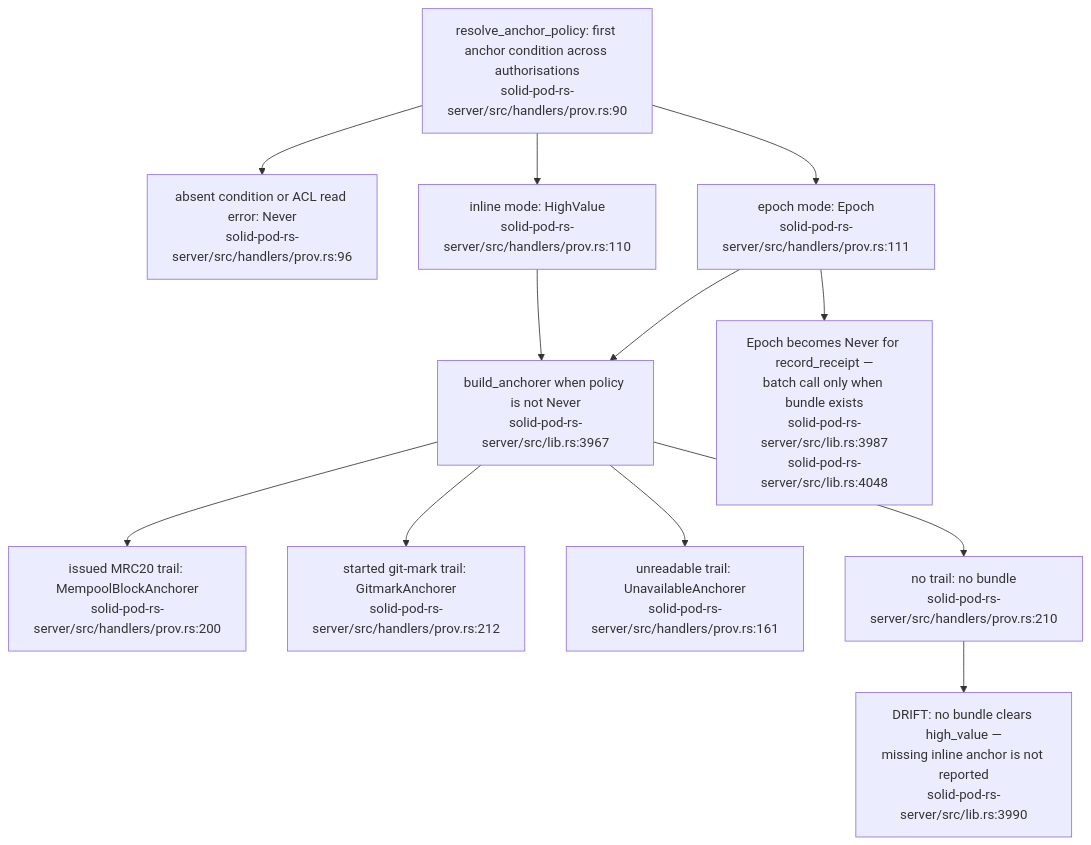
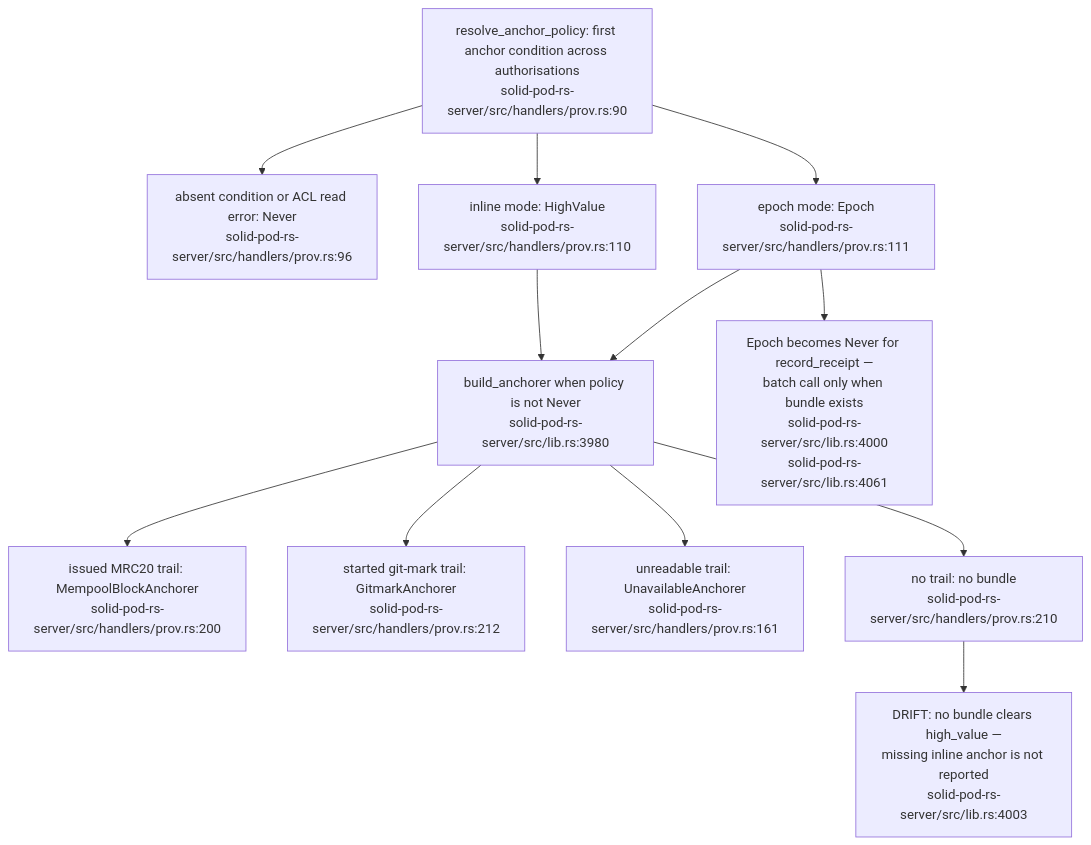
The third of 19 diagrams in docs/diagrams/solid-pod-rs/07-provenance-and-payments.md (DreamLab-AI/VisionFlow), drawn with Mermaid before and after one commit. The commit also changed other lines of this file and 47 other files, not shown here.

````diff
--- a/docs/diagrams/solid-pod-rs/07-provenance-and-payments.md
+++ b/docs/diagrams/solid-pod-rs/07-provenance-and-payments.md
@@ -89,22 +90,22 @@
 ```mermaid
 flowchart TD
     RES["resolve_anchor_policy: first anchor condition across authorisations<br/>solid-pod-rs-server/src/handlers/prov.rs:90"]
     NEVER["absent condition or ACL read error: Never<br/>solid-pod-rs-server/src/handlers/prov.rs:96"]
     HV["inline mode: HighValue<br/>solid-pod-rs-server/src/handlers/prov.rs:110"]
     EP["epoch mode: Epoch<br/>solid-pod-rs-server/src/handlers/prov.rs:111"]
-    BLD["build_anchorer when policy is not Never<br/>solid-pod-rs-server/src/lib.rs:3967"]
+    BLD["build_anchorer when policy is not Never<br/>solid-pod-rs-server/src/lib.rs:3980"]
     MRC["issued MRC20 trail: MempoolBlockAnchorer<br/>solid-pod-rs-server/src/handlers/prov.rs:200"]
     GM["started git-mark trail: GitmarkAnchorer<br/>solid-pod-rs-server/src/handlers/prov.rs:212"]
     ERR["unreadable trail: UnavailableAnchorer<br/>solid-pod-rs-server/src/handlers/prov.rs:161"]
     NONE["no trail: no bundle<br/>solid-pod-rs-server/src/handlers/prov.rs:210"]
-    FLAG["DRIFT: no bundle clears high_value —<br/>missing inline anchor is not reported<br/>solid-pod-rs-server/src/lib.rs:3990"]
-    BATCH["Epoch becomes Never for record_receipt —<br/>batch call only when bundle exists<br/>solid-pod-rs-server/src/lib.rs:3987<br/>solid-pod-rs-server/src/lib.rs:4048"]
+    FLAG["DRIFT: no bundle clears high_value —<br/>missing inline anchor is not reported<br/>solid-pod-rs-server/src/lib.rs:4003"]
+    BATCH["Epoch becomes Never for record_receipt —<br/>batch call only when bundle exists<br/>solid-pod-rs-server/src/lib.rs:4000<br/>solid-pod-rs-server/src/lib.rs:4061"]
     RES --> NEVER
     RES --> HV --> BLD
     RES --> EP --> BLD
     BLD --> MRC
     BLD --> GM
     BLD --> ERR
     BLD --> NONE --> FLAG
     EP --> BATCH
 ```
````
